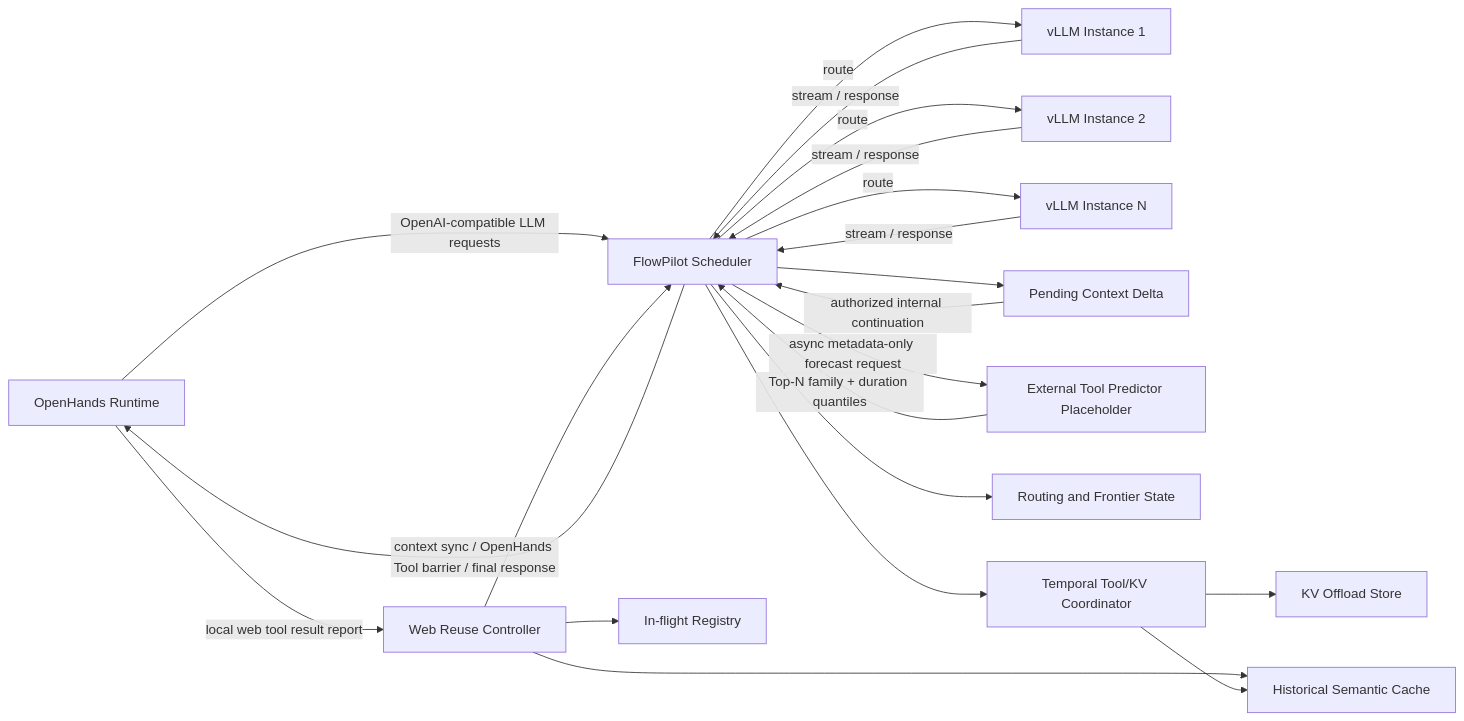
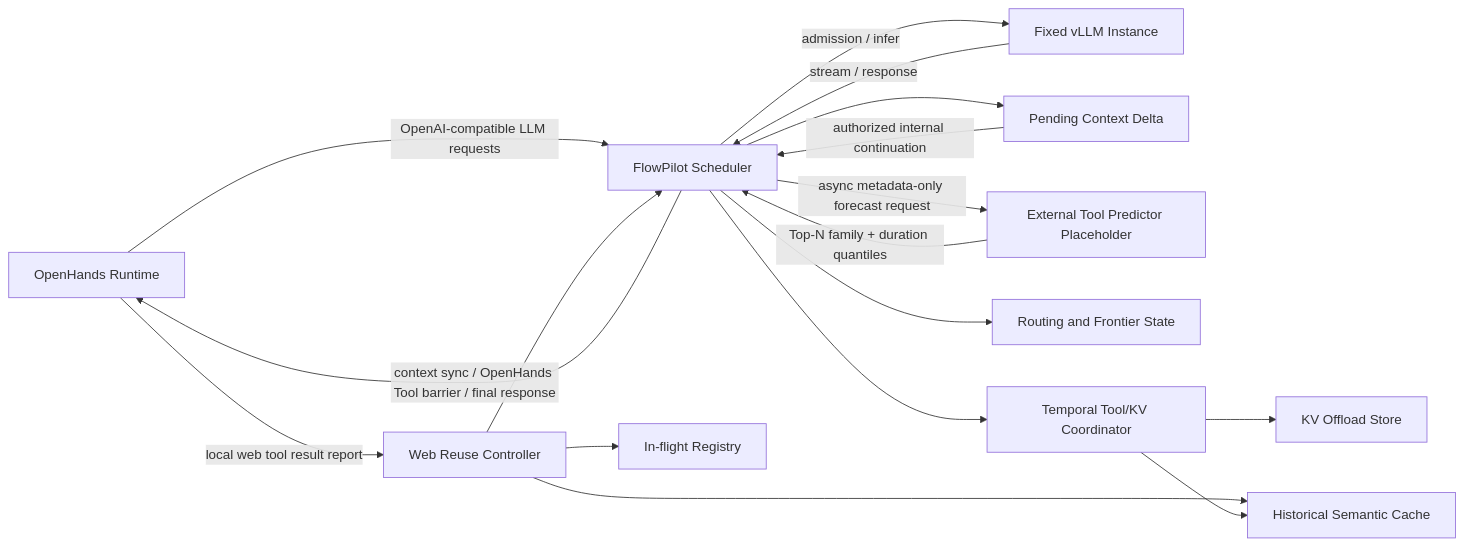
The first of 2 diagrams in design.md (MYST000/flowpilot), drawn with Mermaid before and after one commit. The commit also changed other lines of this file and 34 other files, not shown here.

````diff
--- a/design.md
+++ b/design.md
@@ -246,27 +250,23 @@
 ```mermaid
 flowchart LR
     A["OpenHands Runtime"] -->|"OpenAI-compatible LLM requests"| S["FlowPilot Scheduler"]
-    S -->|"route"| L1["vLLM Instance 1"]
-    S -->|"route"| L2["vLLM Instance 2"]
-    S -->|"route"| LN["vLLM Instance N"]
-    L1 -->|"stream / response"| S
-    L2 -->|"stream / response"| S
-    LN -->|"stream / response"| S
+    S -->|"admission / infer"| L["Fixed vLLM Instance"]
+    L -->|"stream / response"| S
     S -->|"context sync / OpenHands Tool barrier / final response"| A
 
     A -->|"local web tool result report"| W["Web Reuse Controller"]
     W --> H["Historical Semantic Cache"]
     W --> F["In-flight Registry"]
     W --> S
 
     S --> D["Pending Context Delta"]
     D -->|"authorized internal continuation"| S
 
     S -->|"async metadata-only forecast request"| P["External Tool Predictor Placeholder"]
     P -->|"Top-N family + duration quantiles"| S
 
     S --> R["Routing and Frontier State"]
     S --> M["Temporal Tool/KV Coordinator"]
     M --> K["KV Offload Store"]
     M --> H
 ```
````
